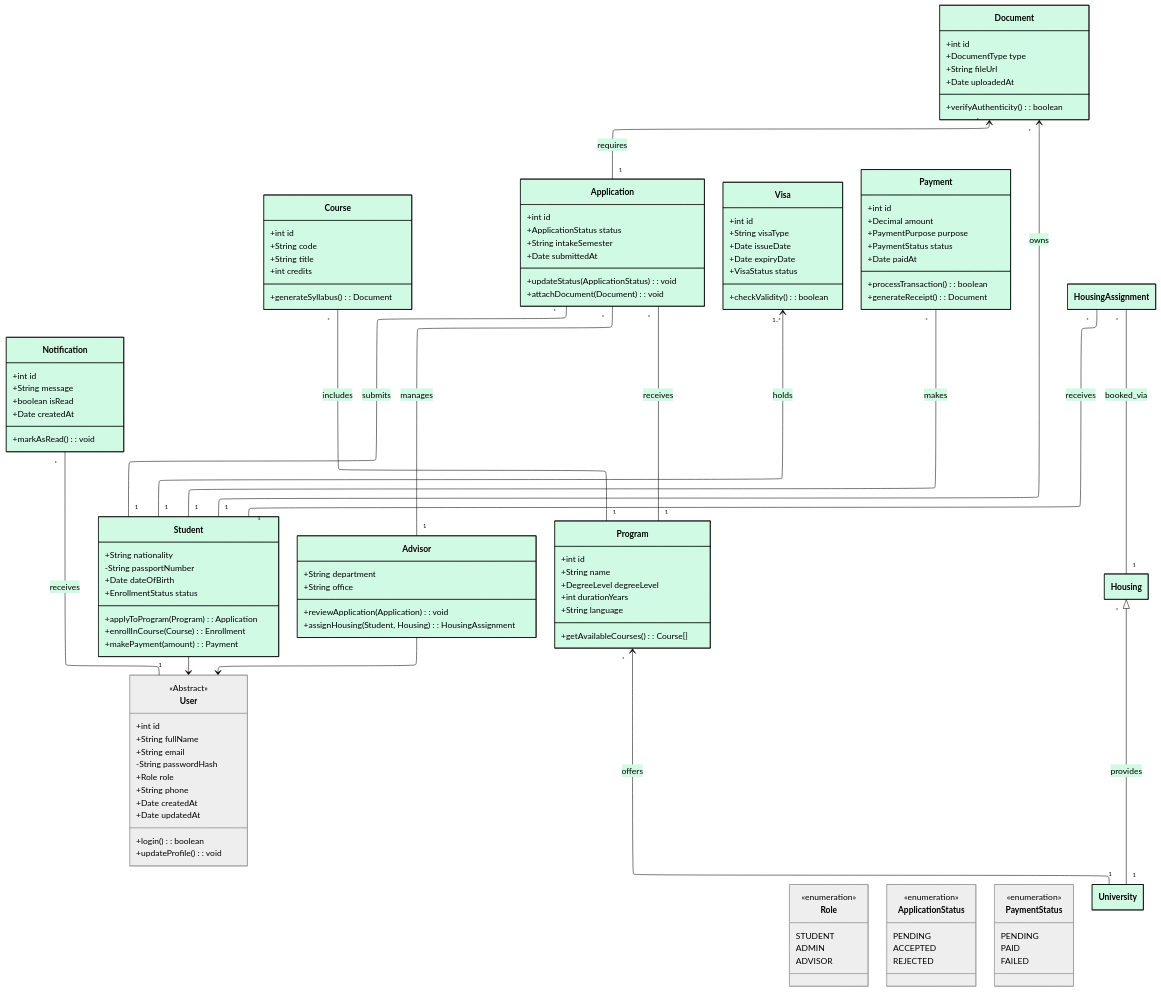
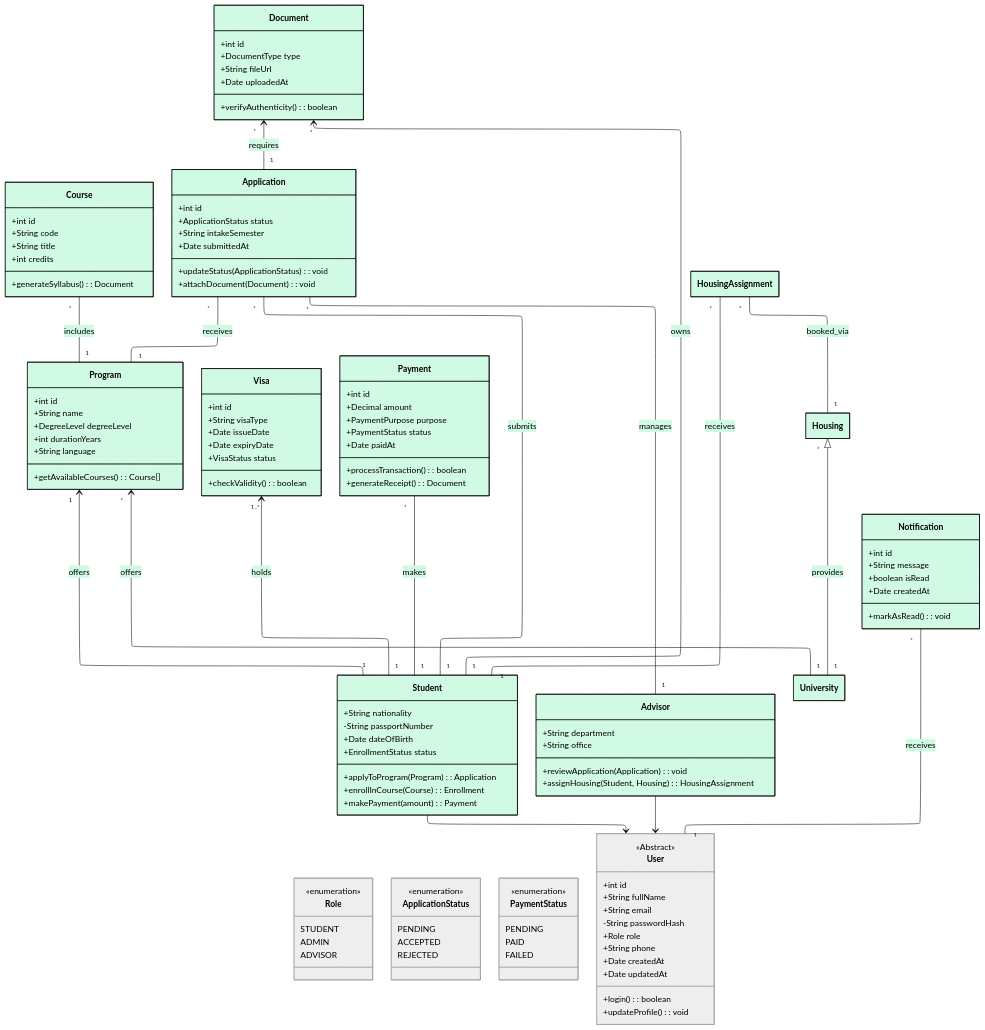
Before and after one commit to hajrdorm28/Uni-system-For-International-Students: the third of 4 diagrams in README.md, drawn with Mermaid.

Commit message:
Add relationship between Student and Program

```diff
--- a/README.md
+++ b/README.md
@@ -584,7 +584,7 @@
     Housing "1" -- "*" HousingAssignment : booked_via
     Student "1" -- "*" Payment : makes
     User "1" -- "*" Notification : receives
-
+    Student "1" --> "1" Program : offers
 	class Role:::Ash
 	class ApplicationStatus:::Ash
 	class PaymentStatus:::Ash
```
